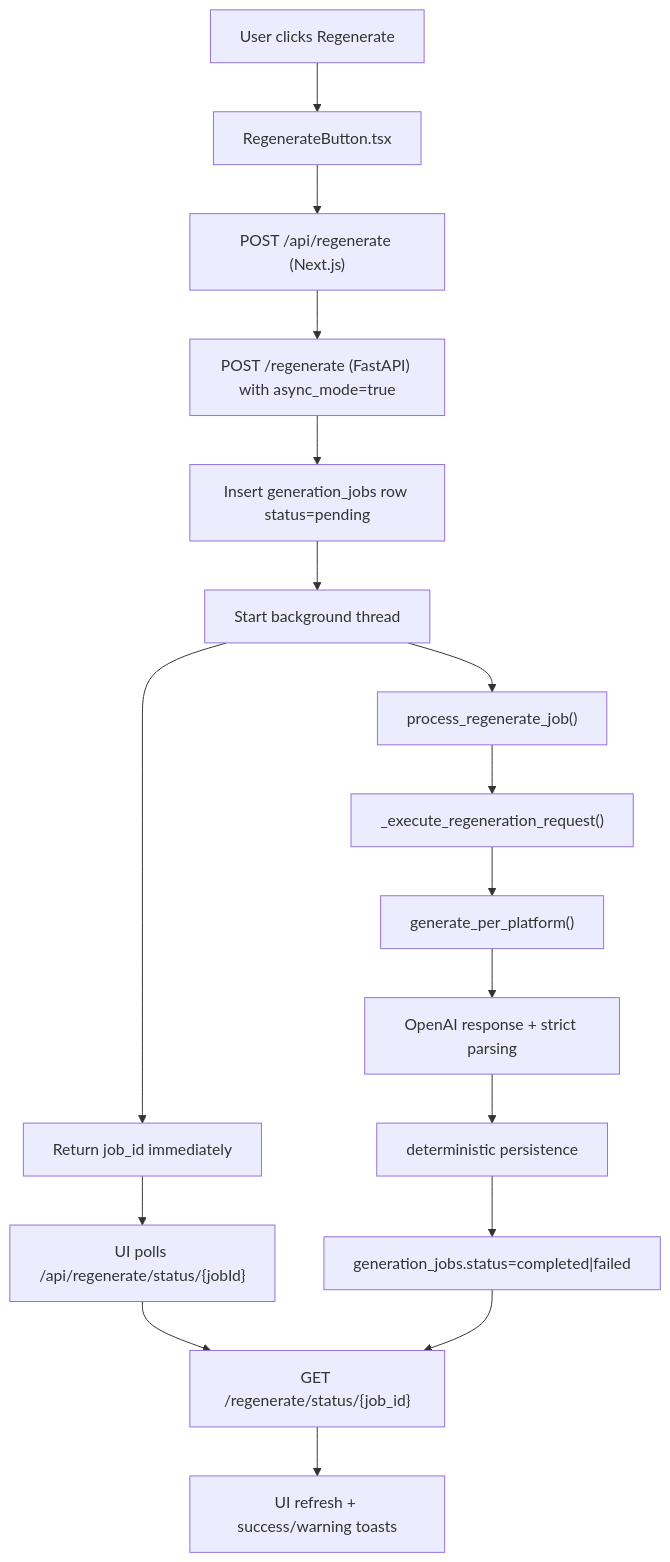
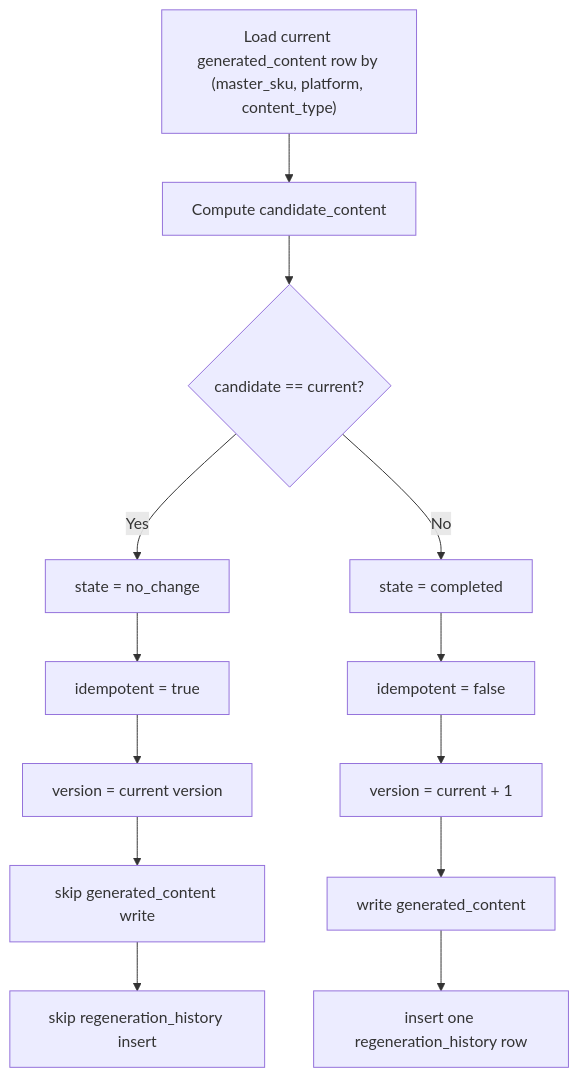
One commit to bobby-andris/Allied-FeedOps changed the third of 5 diagrams in docs/architecture/2026-02-26-prompt-source-and-generation-flow.md. Above: the diagram before and after it, drawn with Mermaid. The commit also changed other lines of this file and 3 other files, not shown here.

Commit message:
docs(plan): add current architecture map and generation-quality kickoff (#23)

````diff
--- a/docs/architecture/2026-02-26-prompt-source-and-generation-flow.md
+++ b/docs/architecture/2026-02-26-prompt-source-and-generation-flow.md
@@ -93,20 +129,17 @@
 ```mermaid
 flowchart TD
-  A["User clicks Regenerate"] --> B["RegenerateButton.tsx"]
-  B --> C["POST /api/regenerate (Next.js)"]
-  C --> D["POST /regenerate (FastAPI) with async_mode=true"]
-  D --> E["Insert generation_jobs row status=pending"]
-  E --> F["Start background thread"]
-  F --> G["Return job_id immediately"]
-  G --> H["UI polls /api/regenerate/status/{jobId}"]
-  H --> I["GET /regenerate/status/{job_id}"]
+  A["Load current generated_content row by (master_sku, platform, content_type)"] --> B["Compute candidate_content"]
+  B --> C{"candidate == current?"}
 
-  F --> J["process_regenerate_job()"]
-  J --> K["_execute_regeneration_request()"]
-  K --> L["generate_per_platform()"]
-  L --> M["OpenAI response + strict parsing"]
-  M --> N["deterministic persistence"]
-  N --> O["generation_jobs.status=completed|failed"]
-  O --> I
-  I --> P["UI refresh + success/warning toasts"]
+  C -->|"Yes"| D["state = no_change"]
+  D --> E["idempotent = true"]
+  E --> F["version = current version"]
+  F --> G["skip generated_content write"]
+  G --> H["skip regeneration_history insert"]
+
+  C -->|"No"| I["state = completed"]
+  I --> J["idempotent = false"]
+  J --> K["version = current + 1"]
+  K --> L["write generated_content"]
+  L --> M["insert one regeneration_history row"]
 ```
````
